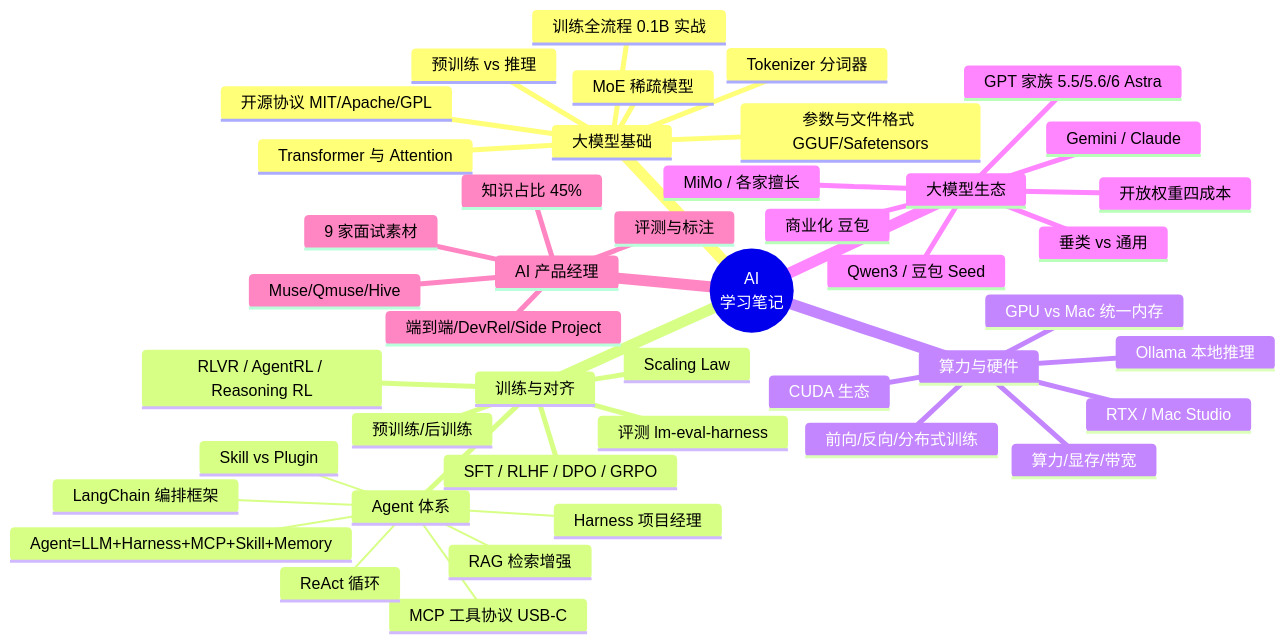
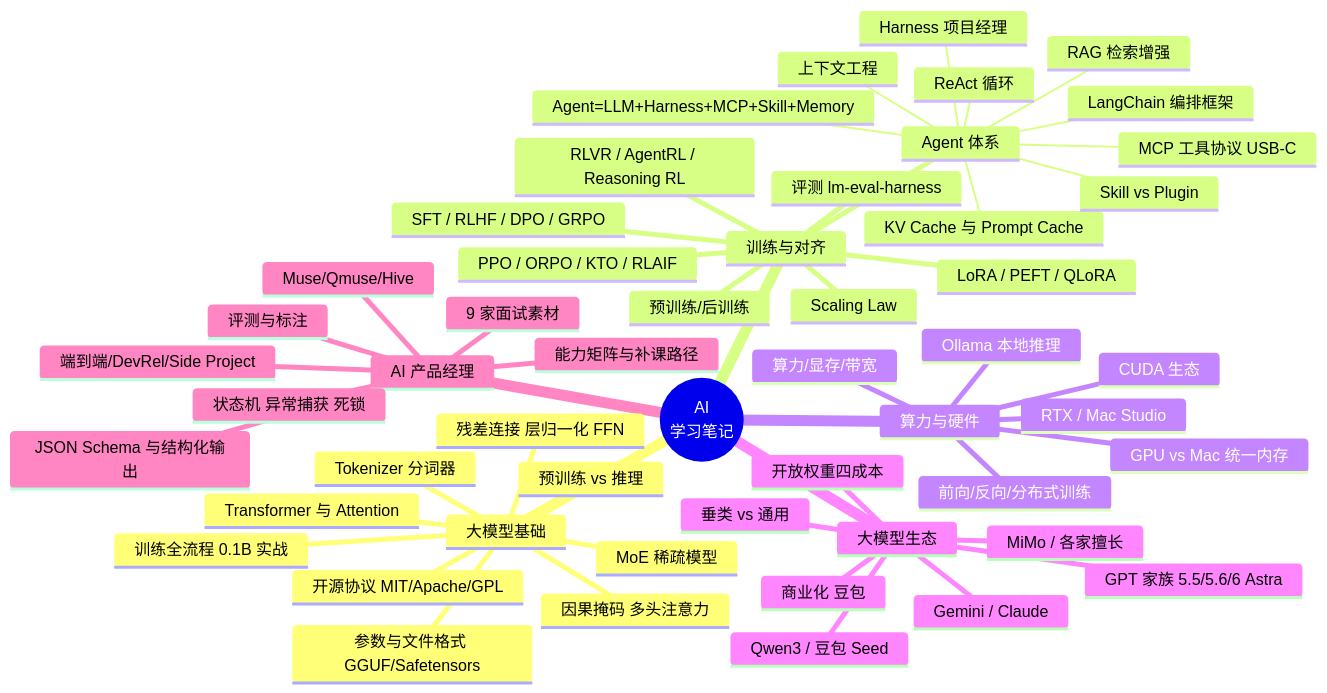
Before and after one commit to VincesHu01/ai-learning-notes: the first of 13 diagrams in ai-learning-notes.md, drawn with Mermaid. The commit also changed other lines of this file and 14 other files, not shown here.

````diff
--- a/ai-learning-notes.md
+++ b/ai-learning-notes.md
@@ -27,47 +31,55 @@
 ```mermaid
 mindmap
   root((AI<br/>学习笔记))
     大模型基础
       参数与文件格式 GGUF/Safetensors
       Tokenizer 分词器
       Transformer 与 Attention
+      残差连接 层归一化 FFN
+      因果掩码 多头注意力
       预训练 vs 推理
       训练全流程 0.1B 实战
       MoE 稀疏模型
       开源协议 MIT/Apache/GPL
     训练与对齐
       预训练/后训练
       SFT / RLHF / DPO / GRPO
+      PPO / ORPO / KTO / RLAIF
+      LoRA / PEFT / QLoRA
       RLVR / AgentRL / Reasoning RL
       Scaling Law
       评测 lm-eval-harness
      Agent 体系
       Agent=LLM+Harness+MCP+Skill+Memory
       Harness 项目经理
       MCP 工具协议 USB-C
       ReAct 循环
       RAG 检索增强
+      KV Cache 与 Prompt Cache
+      上下文工程
       Skill vs Plugin
       LangChain 编排框架
     算力与硬件
       算力/显存/带宽
       前向/反向/分布式训练
       CUDA 生态
       Ollama 本地推理
       GPU vs Mac 统一内存
       RTX / Mac Studio
     大模型生态
       GPT 家族 5.5/5.6/6 Astra
       Qwen3 / 豆包 Seed
       Gemini / Claude
       MiMo / 各家擅长
       垂类 vs 通用
       开放权重四成本
       商业化 豆包
     AI 产品经理
-      知识占比 45%
+      能力矩阵与补课路径
       评测与标注
+      JSON Schema 与结构化输出
+      状态机 异常捕获 死锁
       Muse/Qmuse/Hive
       端到端/DevRel/Side Project
       9 家面试素材
 ```
````
